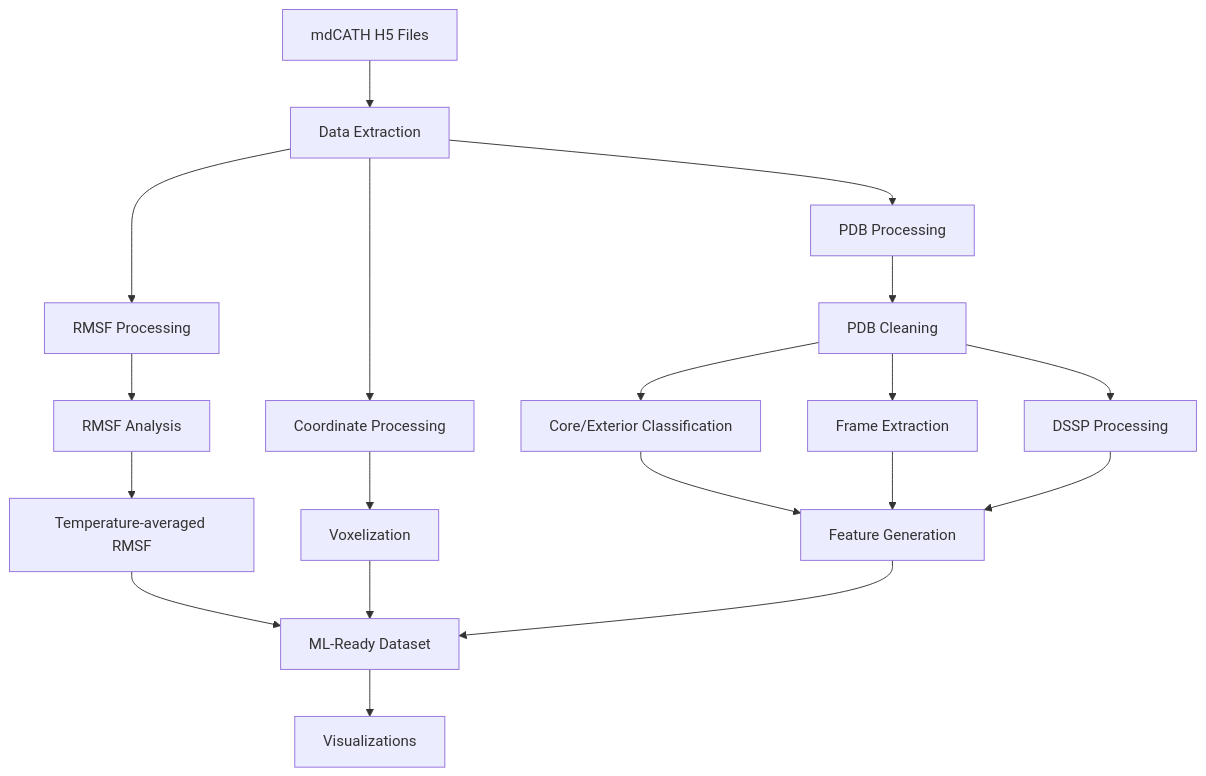
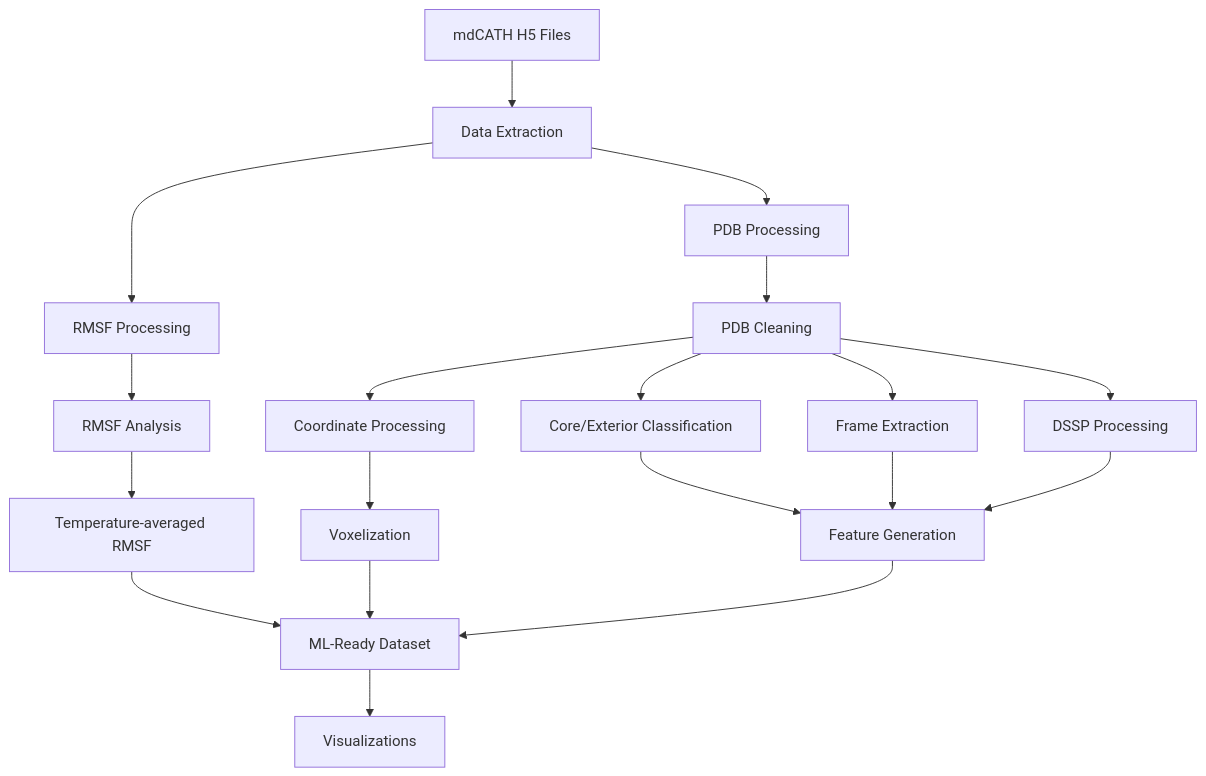
Before and after one commit to Felixburton7/mdcath-processor: the diagram in README.md, drawn with Mermaid.

````diff
--- a/README.md
+++ b/README.md
@@ -136,32 +136,33 @@
 ```mermaid
 graph TD
     A[mdCATH H5 Files] --> B[Data Extraction]
 
     B --> PDB[PDB Processing]
     B --> RMSF[RMSF Processing]
-    B --> COORD[Coordinate Processing]
+    
 
     %% PDB pipeline
     PDB --> Clean[PDB Cleaning]
     Clean --> Classify[Core/Exterior Classification]
     Clean --> Frames[Frame Extraction]
     Clean --> DSSP[DSSP Processing]
+    Clean --> COORD[Coordinate Processing]
 
     %% RMSF pipeline
     RMSF --> Replica[RMSF Analysis]
     Replica --> TempAvg[Temperature‑averaged RMSF]
     TempAvg --> ML[ML‑Ready Dataset]
 
     %% Coordinate pipeline
     COORD --> Vox[Voxelization]
     Vox --> ML
 
     %% Feature generation
     Classify --> Features[Feature Generation]
     Frames --> Features
     DSSP --> Features
     Features --> ML
 
     %% Optional downstream
     ML --> Viz[Visualizations]
 ```
````
